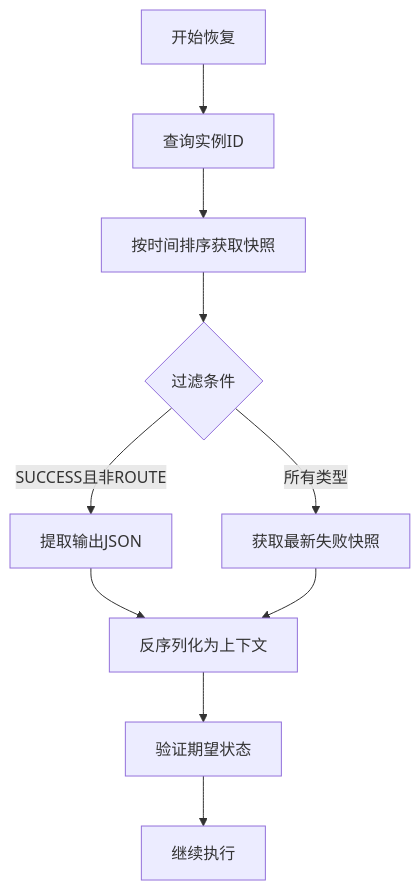
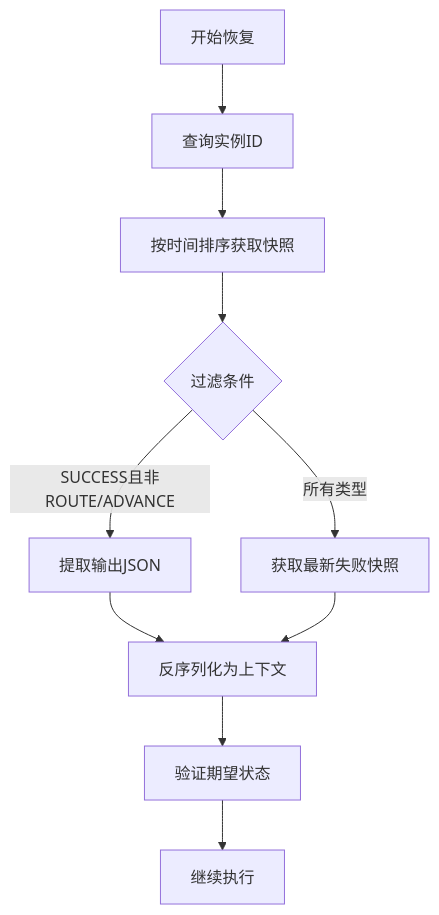
Before and after one commit to xiaoche80s-tech/state-machine-parent: the fifth of 18 diagrams in .qoder/repowiki/zh/content/快照与恢复/实例恢复机制.md, drawn with Mermaid. The commit also changed other lines of this file and 7 other files, not shown here.

````diff
--- a/.qoder/repowiki/zh/content/快照与恢复/实例恢复机制.md
+++ b/.qoder/repowiki/zh/content/快照与恢复/实例恢复机制.md
@@ -202,12 +218,12 @@
 ```mermaid
 flowchart TD
 A[开始恢复] --> B[查询实例ID]
 B --> C[按时间排序获取快照]
 C --> D{过滤条件}
-D --> |SUCCESS且非ROUTE| E[提取输出JSON]
+D --> |SUCCESS且非ROUTE/ADVANCE| E[提取输出JSON]
 D --> |所有类型| F[获取最新失败快照]
 E --> G[反序列化为上下文]
 F --> G
 G --> H[验证期望状态]
 H --> I[继续执行]
 ```
````
